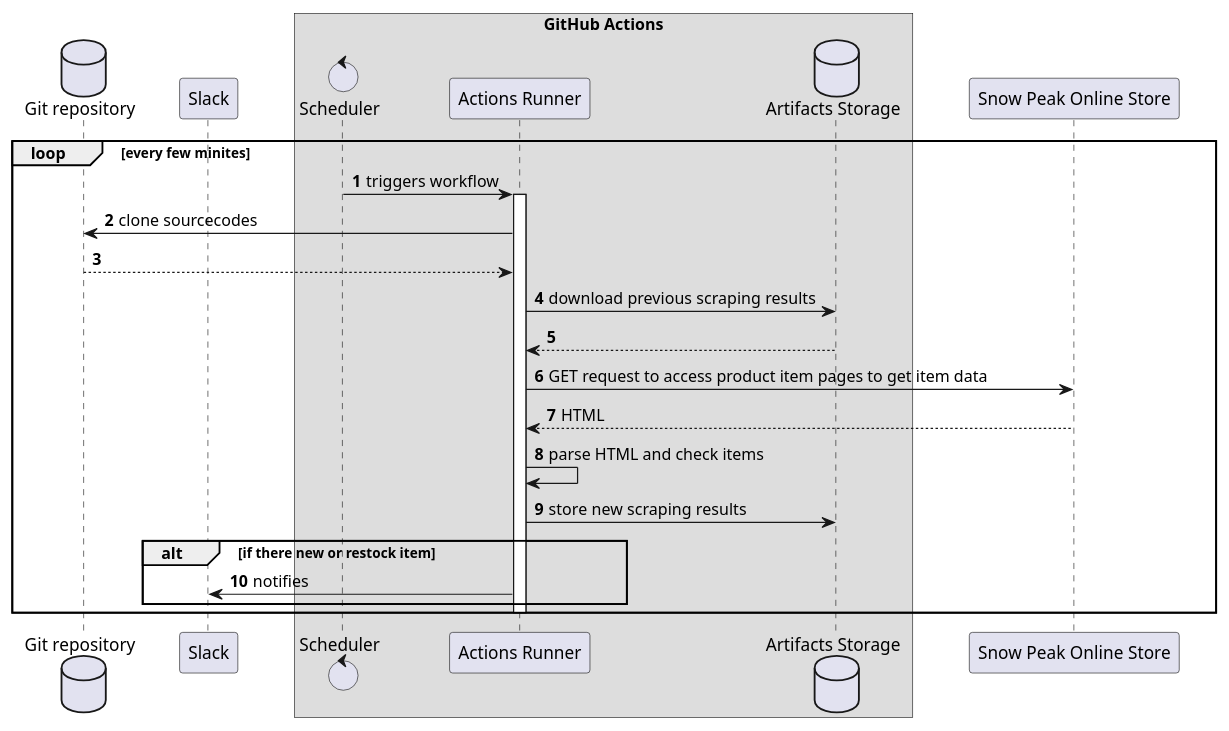
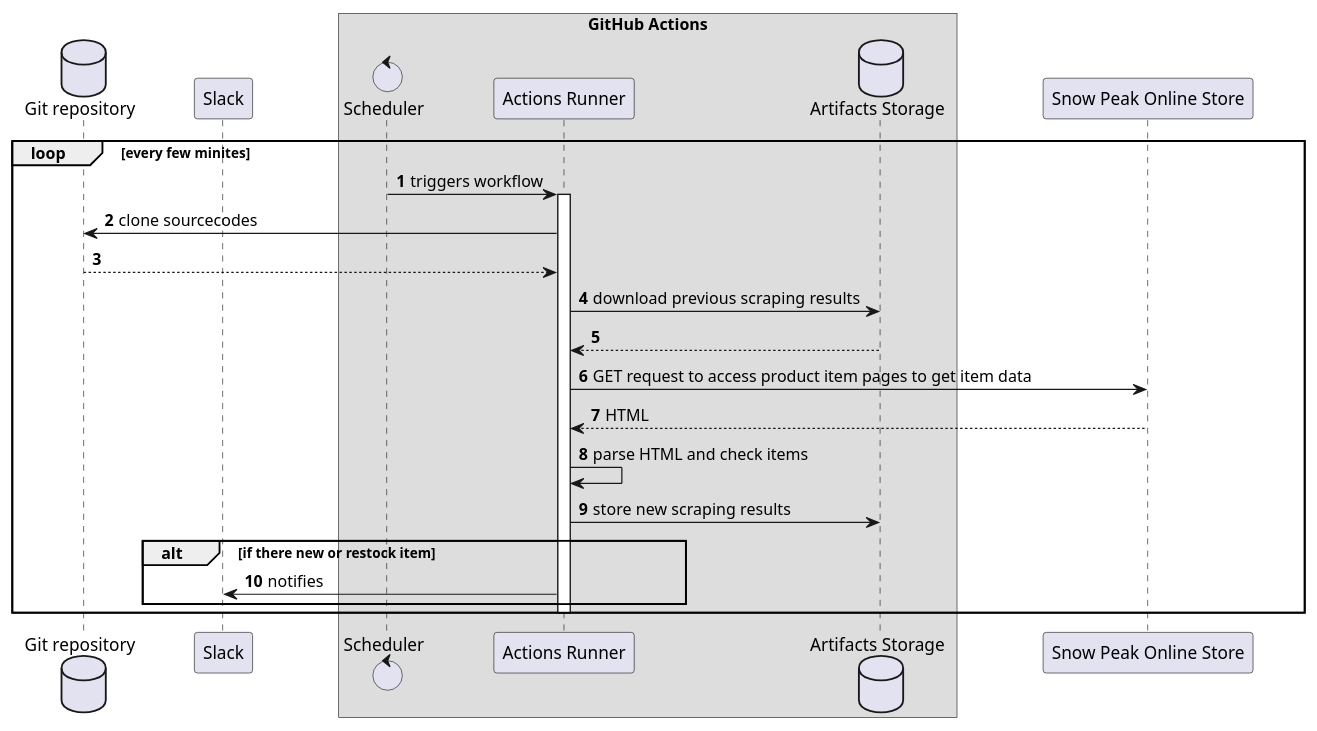
One commit to sugarshin/snowpeak-products-notifier changed the diagram in architecture.puml. Above: the diagram before and after it, drawn with PlantUML. The commit also changed 1 other file, not shown here.

```diff
--- a/architecture.puml
+++ b/architecture.puml
@@ -1,34 +1,34 @@
 @startuml architecture
 autonumber
-skinparam BoxPadding 20
-skinparam ParticipantPadding 20
+skinparam BoxPadding 32
+skinparam ParticipantPadding 32
 
 database "Git repository" as repo
 participant "Slack" as slack
 
 box GitHub Actions
 control "Scheduler" as sche
 participant "Actions Runner" as ghar
 database "Artifacts Storage" as ars
 end box
 
 participant "Snow Peak Online Store" as sp
 
 loop every few minites
   sche -> ghar: triggers workflow
   activate ghar
   ghar -> repo: clone sourcecodes
   ghar <-- repo
   ghar -> ars: download previous scraping results
   ghar <-- ars
   ghar -> sp: GET request to access product item pages to get item data
   ghar <-- sp: HTML
   ghar -> ghar: parse HTML and check items
   ghar -> ars: store new scraping results
   alt if there new or restock item
     ghar -> slack: notifies
   end
   deactivate ghar
 end
 
 @enduml
```
